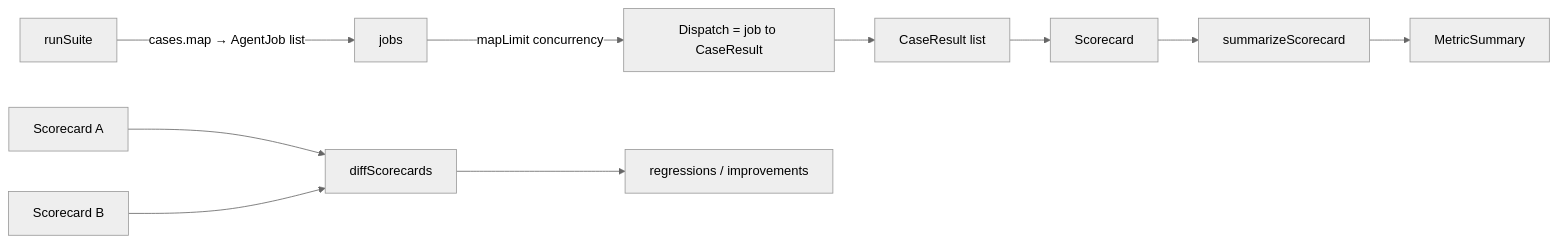
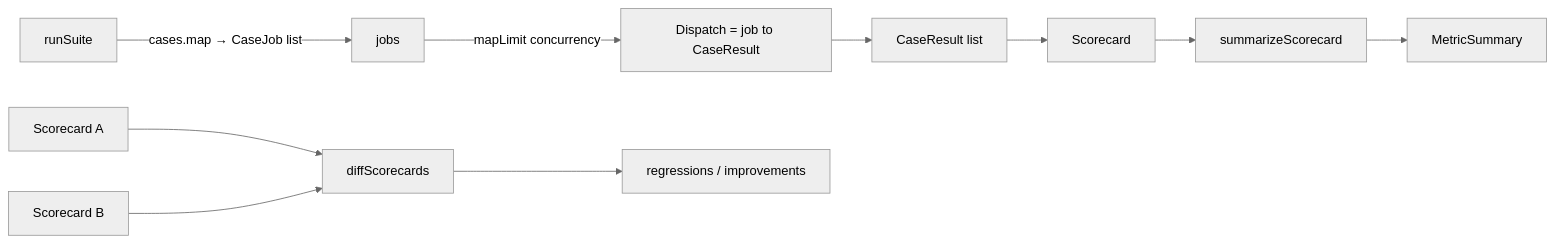
One commit to everdict/everdict changed diagram 16 of 24 in docs/architecture/collaboration.md. Above: the diagram before and after it, drawn with Mermaid (neutral theme). The commit also changed other lines of this file and 180 other files, not shown here.

````diff
--- a/docs/architecture/collaboration.md
+++ b/docs/architecture/collaboration.md
@@ -682,11 +682,11 @@
 ```mermaid
 flowchart LR
-  runSuite -->|"cases.map → AgentJob list"| jobs
+  runSuite -->|"cases.map → CaseJob list"| jobs
   jobs -->|mapLimit concurrency| Dispatch["Dispatch = job to CaseResult"]
   Dispatch --> results["CaseResult list"]
   results --> Scorecard
   Scorecard --> summarizeScorecard --> MetricSummary
   baseline["Scorecard A"] --> diffScorecards
   candidate["Scorecard B"] --> diffScorecards
   diffScorecards --> ScorecardDiff["regressions / improvements"]
 ```
````
